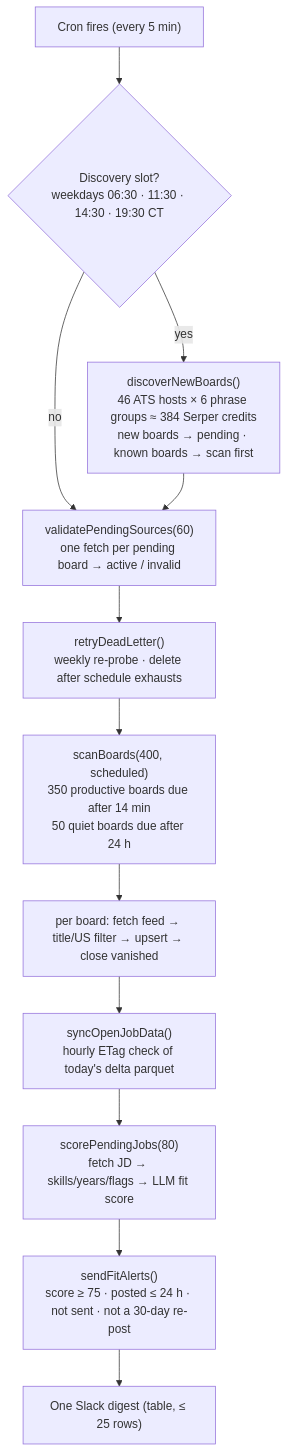
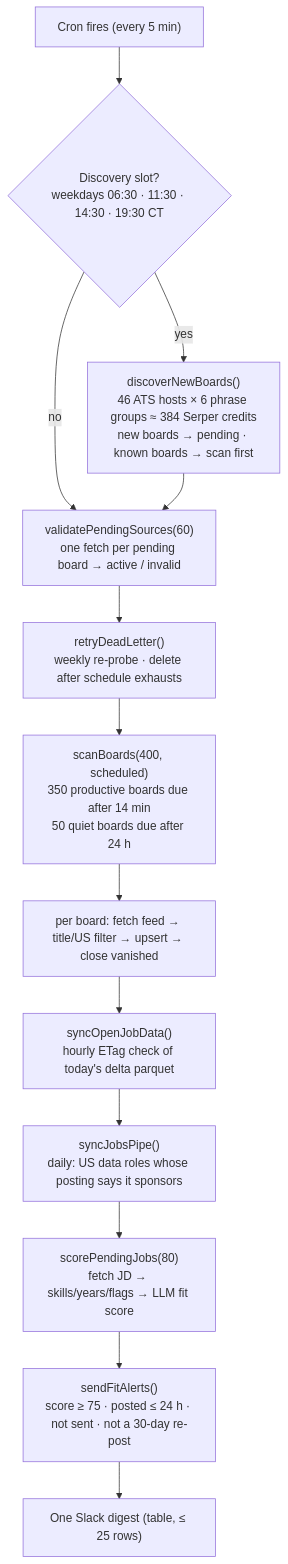
The second of 2 diagrams in TECH_DESIGN.md (akhilesh360/sai-job-radar), drawn with Mermaid before and after one commit. The commit also changed other lines of this file and 4 other files, not shown here.

Commit message:
JobsPipe: one daily sponsor-stance query (US data roles whose posting says the employer sponsors) as source 'JobsPipe (sponsors)'; key in Workers Secret

````diff
--- a/TECH_DESIGN.md
+++ b/TECH_DESIGN.md
@@ -86,14 +89,15 @@
 ```mermaid
 flowchart TD
   A["Cron fires (every 5 min)"] --> B{"Discovery slot?<br/>weekdays 06:30 · 11:30 · 14:30 · 19:30 CT"}
   B -- yes --> C["discoverNewBoards()<br/>46 ATS hosts × 6 phrase groups ≈ 384 Serper credits<br/>new boards → pending · known boards → scan first"]
   B -- no --> D
   C --> D["validatePendingSources(60)<br/>one fetch per pending board → active / invalid"]
   D --> E["retryDeadLetter()<br/>weekly re-probe · delete after schedule exhausts"]
   E --> F["scanBoards(400, scheduled)<br/>350 productive boards due after 14 min<br/>50 quiet boards due after 24 h"]
   F --> G["per board: fetch feed → title/US filter → upsert → close vanished"]
   G --> H["syncOpenJobData()<br/>hourly ETag check of today's delta parquet"]
-  H --> I["scorePendingJobs(80)<br/>fetch JD → skills/years/flags → LLM fit score"]
+  H --> H2["syncJobsPipe()<br/>daily: US data roles whose posting says it sponsors"]
+  H2 --> I["scorePendingJobs(80)<br/>fetch JD → skills/years/flags → LLM fit score"]
   I --> J["sendFitAlerts()<br/>score ≥ 75 · posted ≤ 24 h · not sent · not a 30-day re-post"]
   J --> K["One Slack digest (table, ≤ 25 rows)"]
 ```
````
